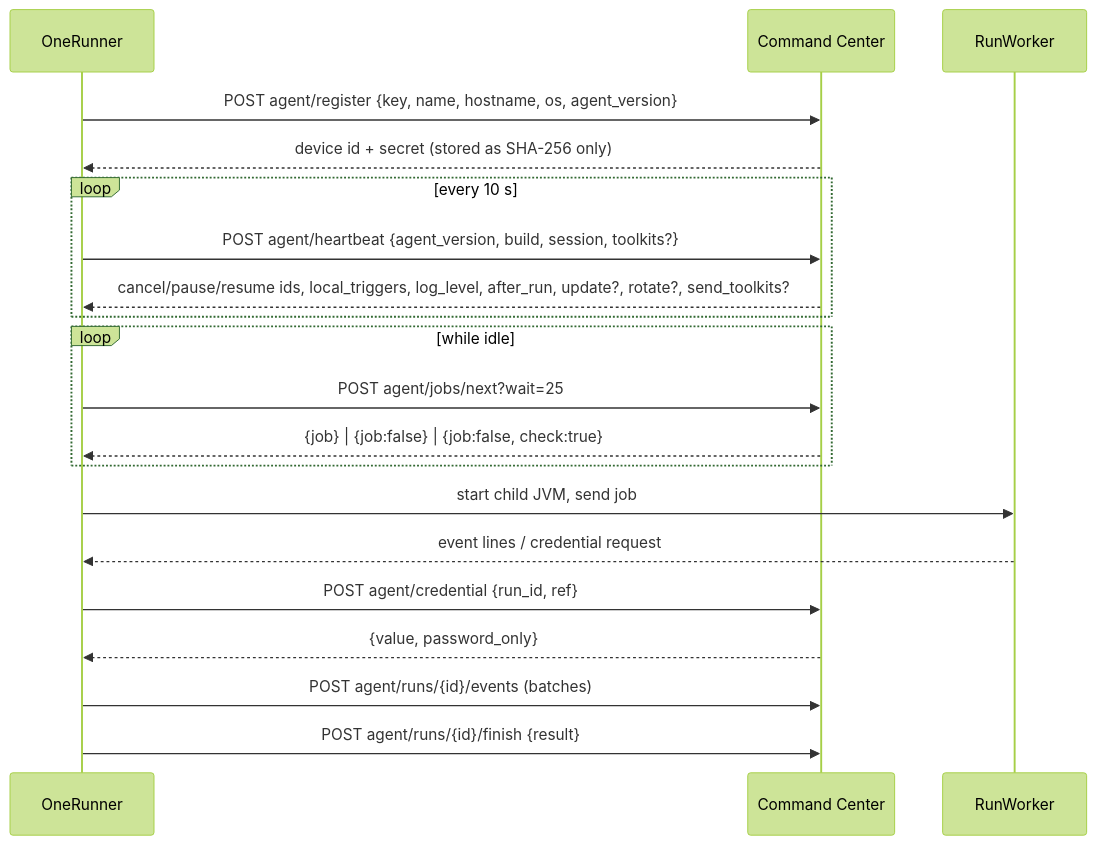
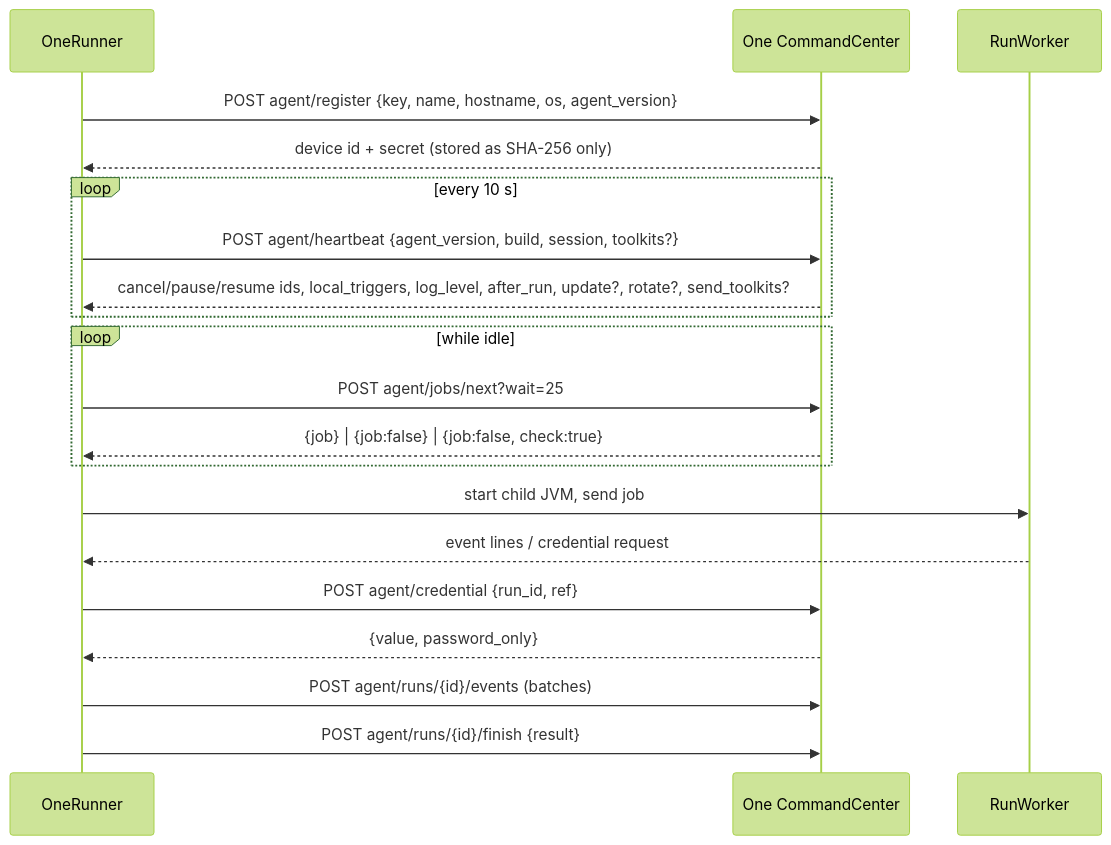
One commit to OneOfficeautomation-Private-Limited/OneOfficeAutomation-Platform changed the diagram in docs/architecture/04-command-center-internals.md. Above: the diagram before and after it, drawn with Mermaid (forest theme). The commit also changed other lines of this file and 268 other files, not shown here.

First line of the commit message:
Product names: One CommandCenter and One AgentStudio in every sentence; stored folder and service names unchanged

````diff
--- a/docs/architecture/04-command-center-internals.md
+++ b/docs/architecture/04-command-center-internals.md
@@ -192,22 +192,22 @@
 ```mermaid
 sequenceDiagram
     participant R as OneRunner
-    participant C as Command Center
+    participant C as One CommandCenter
     participant W as RunWorker
     R->>C: POST agent/register {key, name, hostname, os, agent_version}
     C-->>R: device id + secret (stored as SHA-256 only)
     loop every 10 s
       R->>C: POST agent/heartbeat {agent_version, build, session, toolkits?}
       C-->>R: cancel/pause/resume ids, local_triggers, log_level, after_run, update?, rotate?, send_toolkits?
     end
     loop while idle
       R->>C: POST agent/jobs/next?wait=25
       C-->>R: {job} | {job:false} | {job:false, check:true}
     end
     R->>W: start child JVM, send job
     W-->>R: event lines / credential request
     R->>C: POST agent/credential {run_id, ref}
     C-->>R: {value, password_only}
     R->>C: POST agent/runs/{id}/events (batches)
     R->>C: POST agent/runs/{id}/finish {result}
 ```
````
